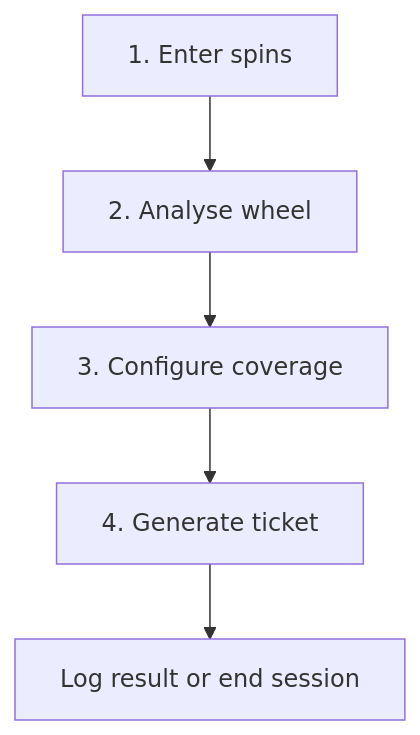
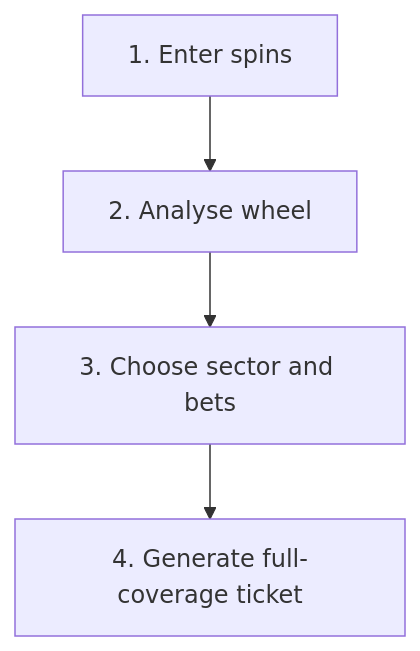
The diagram in docs/ARCHITECTURE.md (marcmonferrer/roulette-jarvis), drawn with Mermaid before and after one commit. The commit also changed other lines of this file, not shown here.

Commit message:
Update sector sizes and automatic chip calculation

````diff
--- a/docs/ARCHITECTURE.md
+++ b/docs/ARCHITECTURE.md
@@ -5,7 +5,6 @@
 ```mermaid
 flowchart TD
     A["1. Enter spins"] --> B["2. Analyse wheel"]
-    B --> C["3. Configure coverage"]
-    C --> D["4. Generate ticket"]
-    D --> E["Log result or end session"]
+    B --> C["3. Choose sector and bets"]
+    C --> D["4. Generate full-coverage ticket"]
 ```
````
